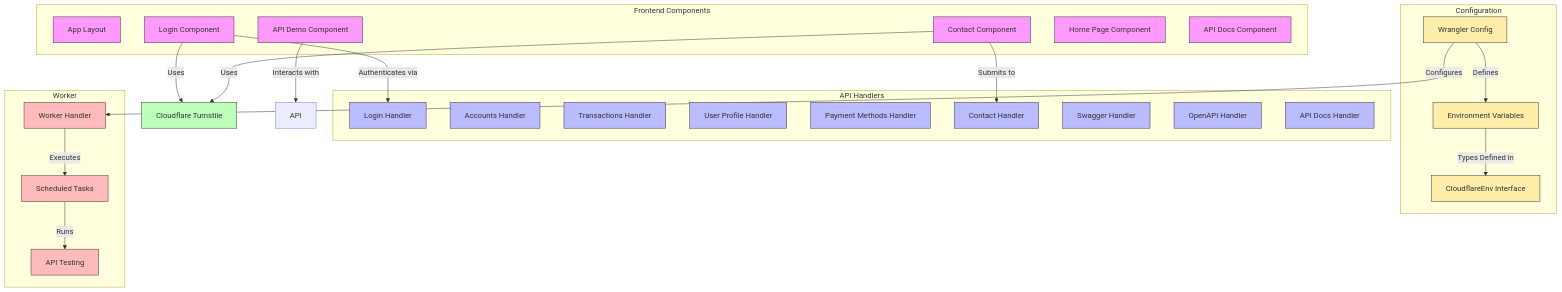
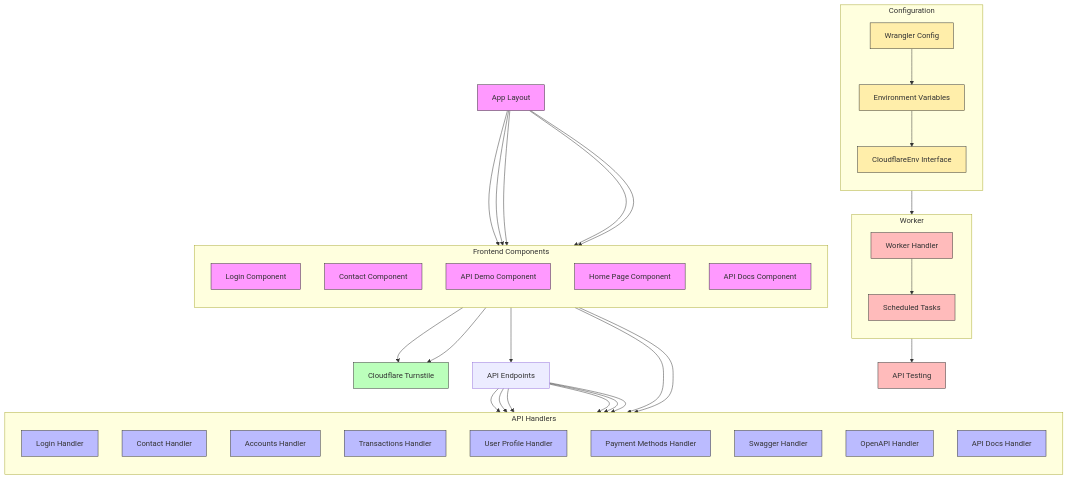
Before and after one commit to nouvellonsteph/banking-simulation: the second of 4 diagrams in project-architecture.md, drawn with Mermaid. The commit also changed other lines of this file and 1 other file, not shown here.

Commit message:
Refactor architecture diagrams in README and project-architecture files for clarity and consistency

````diff
--- a/project-architecture.md
+++ b/project-architecture.md
@@ -69,64 +69,80 @@
 ```mermaid
-graph TD
+graph TB
+    App[App Layout]
+    
     subgraph "Frontend Components"
-        App[App Layout]
+        direction TB
         LoginComponent[Login Component]
         ContactComponent[Contact Component]
         APIDemo[API Demo Component]
         HomePage[Home Page Component]
         APIDocsPage[API Docs Component]
     end
     
+    App --> LoginComponent
+    App --> ContactComponent
+    App --> APIDemo
+    App --> HomePage
+    App --> APIDocsPage
+    
     subgraph "Configuration"
+        direction TB
         WranglerConfig[Wrangler Config]
         EnvironmentVars[Environment Variables]
         CloudflareEnv[CloudflareEnv Interface]
     end
     
+    WranglerConfig --> EnvironmentVars
+    EnvironmentVars --> CloudflareEnv
+    
     subgraph "API Handlers"
+        direction TB
         LoginHandler[Login Handler]
+        ContactHandler[Contact Handler]
         AccountsHandler[Accounts Handler]
         TransactionsHandler[Transactions Handler]
         UserProfileHandler[User Profile Handler]
         PaymentMethodsHandler[Payment Methods Handler]
-        ContactHandler[Contact Handler]
         SwaggerHandler[Swagger Handler]
         OpenAPIHandler[OpenAPI Handler]
         APIDocsHandler[API Docs Handler]
     end
     
-    WranglerConfig -->|Defines| EnvironmentVars
-    EnvironmentVars -->|Types Defined in| CloudflareEnv
+    ContactComponent --> Turnstile
+    LoginComponent --> Turnstile
     
-    ContactComponent -->|Uses| Turnstile
-    LoginComponent -->|Uses| Turnstile
-    
-    ContactComponent -->|Submits to| ContactHandler
-    LoginComponent -->|Authenticates via| LoginHandler
+    ContactComponent --> ContactHandler
+    LoginComponent --> LoginHandler
     
     Turnstile[Cloudflare Turnstile]
     
-    APIDemo -->|Interacts with| API
+    APIDemo --> API[API Endpoints]
+    API --> LoginHandler
+    API --> ContactHandler
+    API --> AccountsHandler
+    API --> TransactionsHandler
+    API --> UserProfileHandler
+    API --> PaymentMethodsHandler
     
     subgraph "Worker"
+        direction TB
         WorkerHandler[Worker Handler]
         ScheduledTasks[Scheduled Tasks]
-        APITest[API Testing]
     end
     
-    WranglerConfig -->|Configures| WorkerHandler
-    WorkerHandler -->|Executes| ScheduledTasks
-    ScheduledTasks -->|Runs| APITest
+    WranglerConfig --> WorkerHandler
+    WorkerHandler --> ScheduledTasks
+    ScheduledTasks --> APITest[API Testing]
     
     classDef component fill:#f9f,stroke:#333,stroke-width:1px;
     classDef config fill:#fea,stroke:#333,stroke-width:1px;
     classDef handler fill:#bbf,stroke:#333,stroke-width:1px;
     classDef worker fill:#fbb,stroke:#333,stroke-width:1px;
     classDef service fill:#bfb,stroke:#333,stroke-width:1px;
     
     class App,LoginComponent,ContactComponent,APIDemo,HomePage,APIDocsPage component;
     class WranglerConfig,EnvironmentVars,CloudflareEnv config;
     class LoginHandler,AccountsHandler,TransactionsHandler,UserProfileHandler,PaymentMethodsHandler,ContactHandler,SwaggerHandler,OpenAPIHandler,APIDocsHandler handler;
     class WorkerHandler,ScheduledTasks,APITest worker;
     class Turnstile service;
 ```
````
